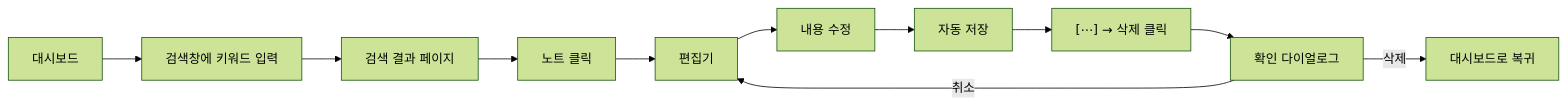
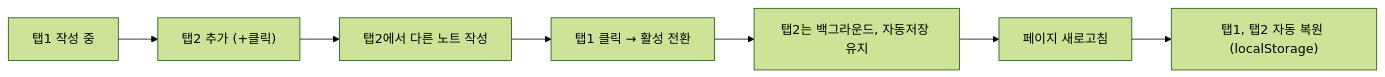
Before and after one commit to GC-Five-Guys/Docs: the third of 3 diagrams in 03_설계/화면_설계서.md, drawn with Mermaid (forest theme). The commit also changed other lines of this file and 4 other files, not shown here.

````diff
--- a/03_설계/화면_설계서.md
+++ b/03_설계/화면_설계서.md
@@ -403,13 +465,9 @@
 ```mermaid
 flowchart LR
-  A["대시보드"] --> B["검색창에 키워드 입력"]
-  B --> C["검색 결과 페이지"]
-  C --> D["노트 클릭"]
-  D --> E["편집기"]
-  E --> F["내용 수정"]
-  F --> G["자동 저장"]
-  G --> H["[⋯] → 삭제 클릭"]
-  H --> I["확인 다이얼로그"]
-  I -- 취소 --> E
-  I -- 삭제 --> J["대시보드로 복귀"]
+  A["탭1 작성 중"] --> B["탭2 추가 (+클릭)"]
+  B --> C["탭2에서 다른 노트 작성"]
+  C --> D["탭1 클릭 → 활성 전환"]
+  D --> E["탭2는 백그라운드, 자동저장 유지"]
+  E --> F["페이지 새로고침"]
+  F --> G["탭1, 탭2 자동 복원 (localStorage)"]
 ```
````
